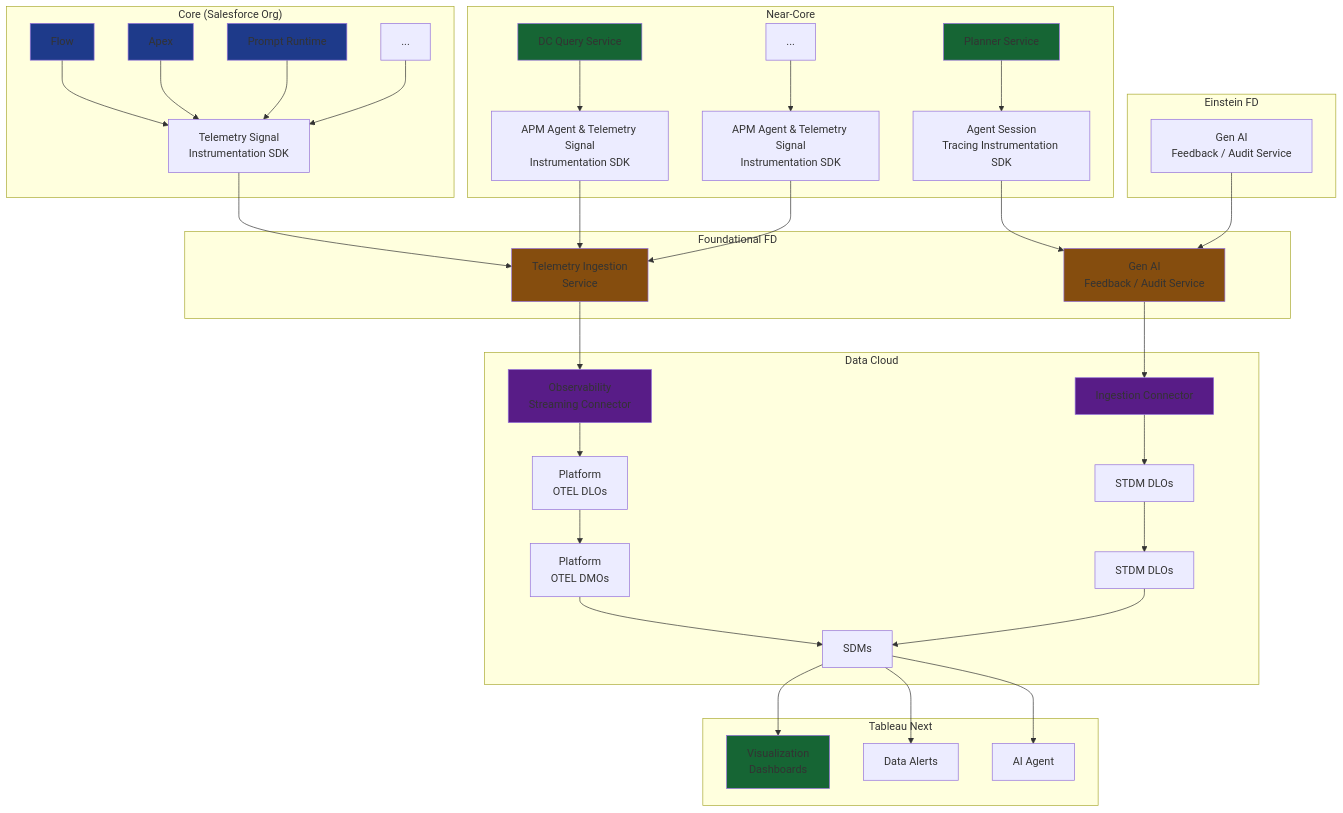
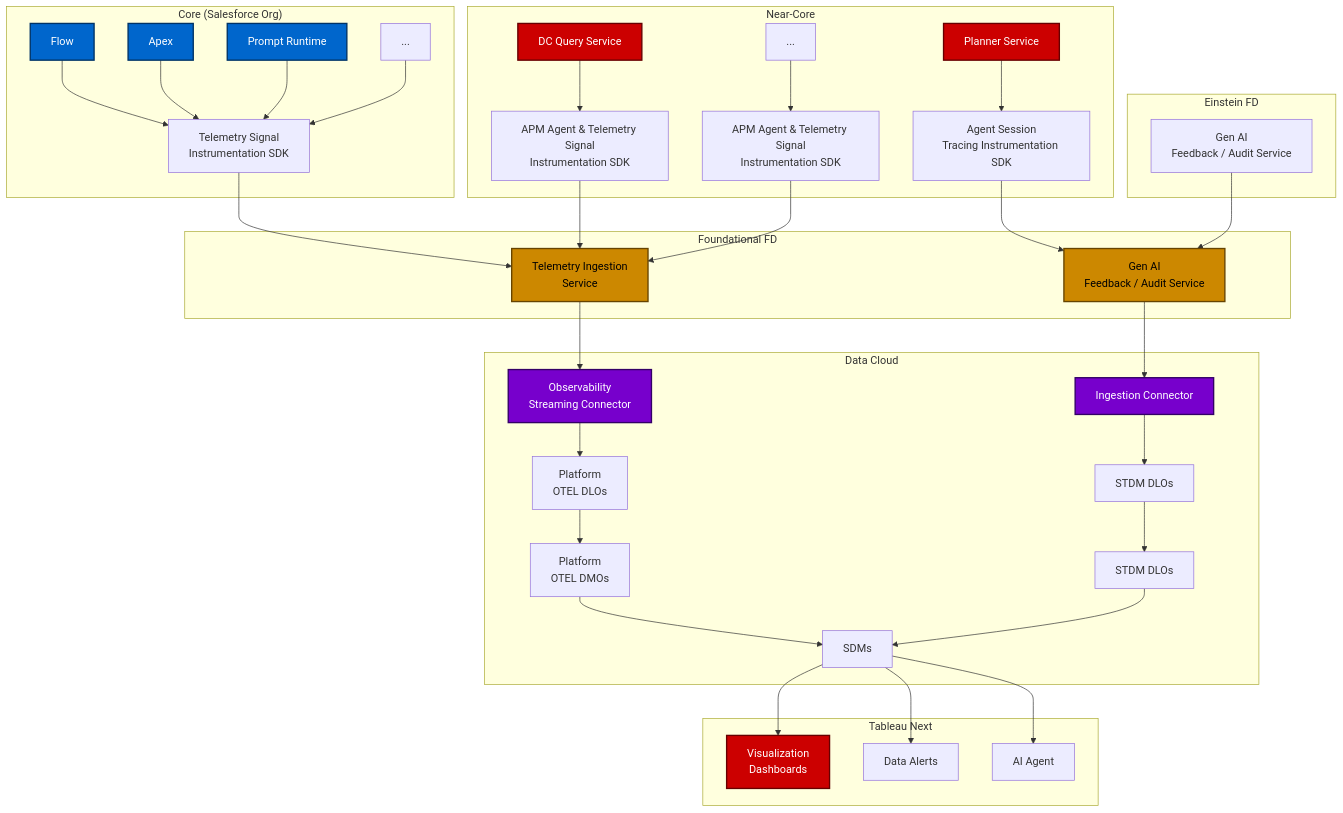
The third of 11 diagrams in agentforce/observability/README_Agentforce_Observability_System_Architecture.md (arupsarkar-sfdc/Misc), drawn with Mermaid before and after one commit. The commit also changed other lines of this file, not shown here.

Commit message:
Updated color scheme of all diagrams

````diff
--- a/agentforce/observability/README_Agentforce_Observability_System_Architecture.md
+++ b/agentforce/observability/README_Agentforce_Observability_System_Architecture.md
@@ -253,14 +253,14 @@
     
     GENAI_FEEDBACK --> GENAI
     
-    style FLOW fill:#1e3a8a
-    style APEX fill:#1e3a8a
-    style RUNTIME fill:#1e3a8a
-    style DC_QUERY fill:#166534
-    style PLANNER fill:#166534
-    style TELEMETRY fill:#854d0e
-    style GENAI fill:#854d0e
-    style OBSERVABILITY fill:#581c87
-    style INGESTION fill:#581c87
-    style VIZ fill:#166534
+    style FLOW fill:#0066CC,stroke:#003366,stroke-width:2px,color:#FFF
+    style APEX fill:#0066CC,stroke:#003366,stroke-width:2px,color:#FFF
+    style RUNTIME fill:#0066CC,stroke:#003366,stroke-width:2px,color:#FFF
+    style DC_QUERY fill:#CC0000,stroke:#660000,stroke-width:2px,color:#FFF
+    style PLANNER fill:#CC0000,stroke:#660000,stroke-width:2px,color:#FFF
+    style TELEMETRY fill:#CC8800,stroke:#664400,stroke-width:2px,color:#000
+    style GENAI fill:#CC8800,stroke:#664400,stroke-width:2px,color:#000
+    style OBSERVABILITY fill:#7700CC,stroke:#330066,stroke-width:2px,color:#FFF
+    style INGESTION fill:#7700CC,stroke:#330066,stroke-width:2px,color:#FFF
+    style VIZ fill:#CC0000,stroke:#660000,stroke-width:2px,color:#FFF
 ```
````
